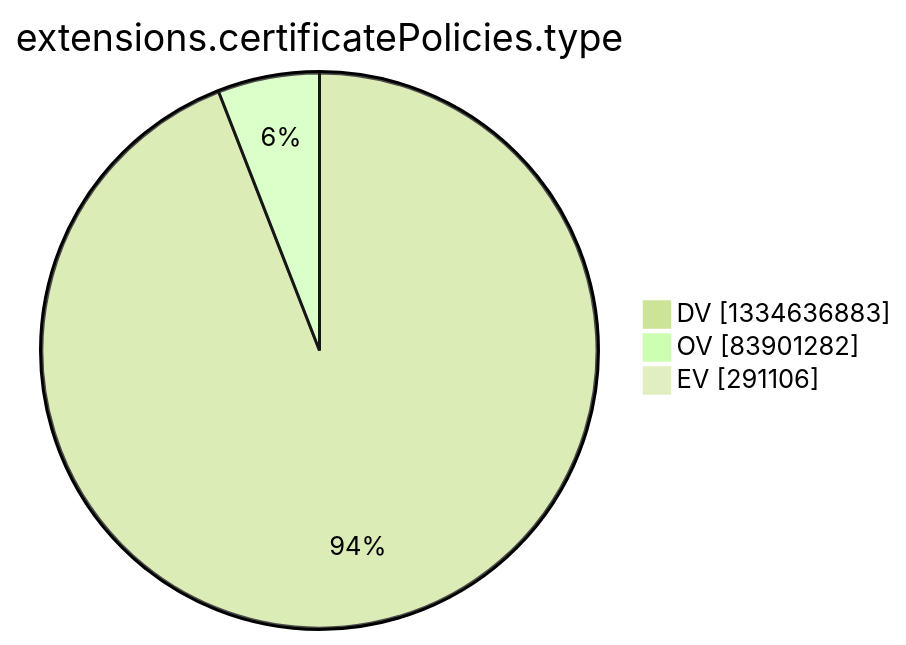
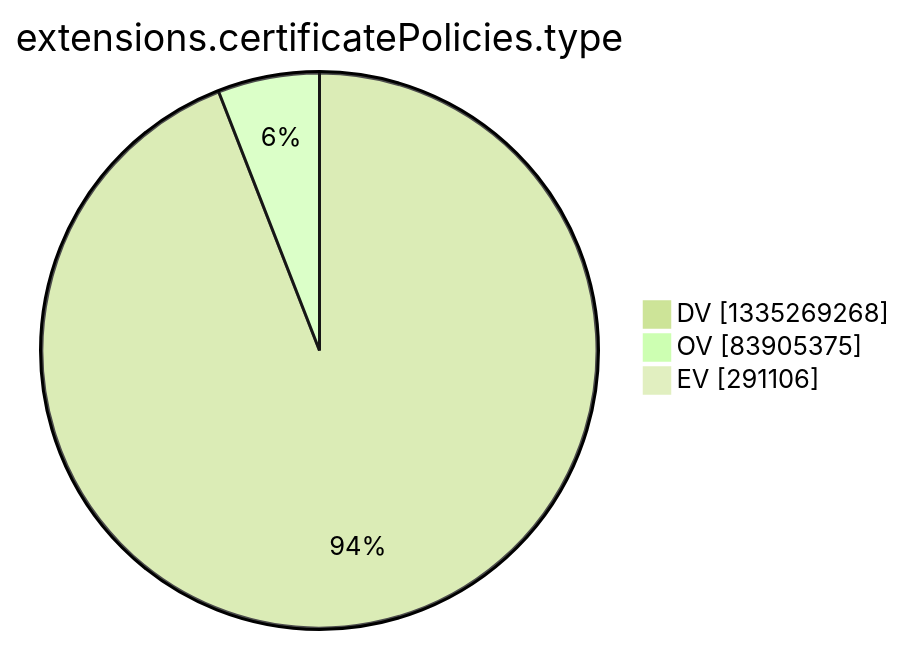
One commit to christiankrug/ctmonitor_visualization changed the tenth of 15 diagrams in argon2022/README.md. Above: the diagram before and after it, drawn with Mermaid (forest theme). The commit also changed other lines of this file, not shown here.

````diff
--- a/argon2022/README.md
+++ b/argon2022/README.md
@@ -2773,7 +2773,7 @@
 ```mermaid
 pie showData
 title extensions.certificatePolicies.type
-"DV" :1334636883
-"OV" :83901282
+"DV" :1335269268
+"OV" :83905375
 "EV" :291106
 ```
````
